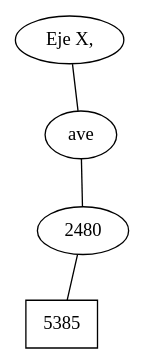
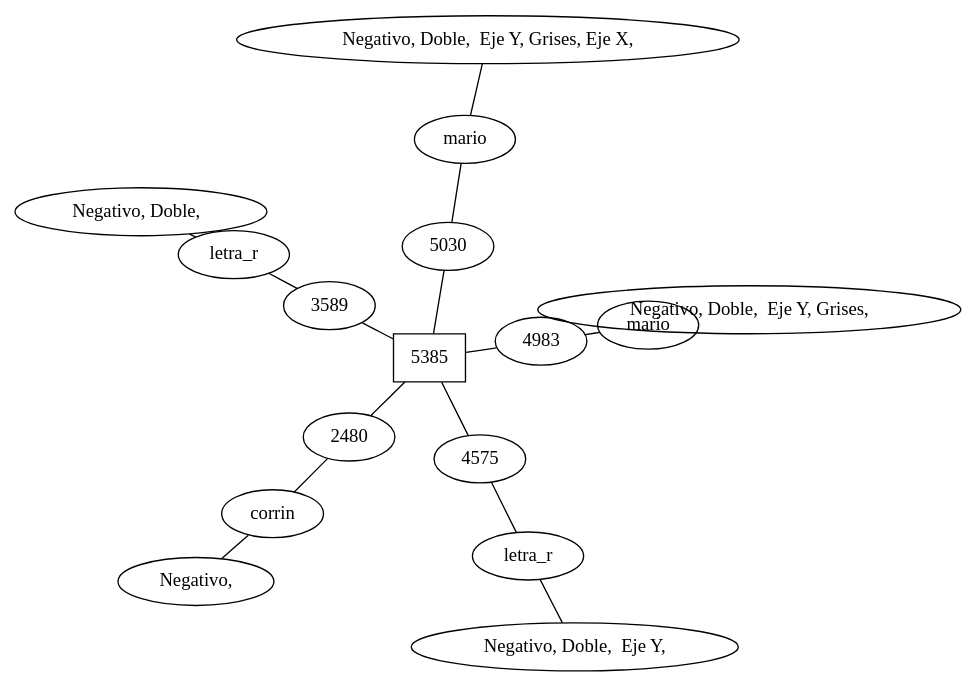
One commit to K-Giron/EDD_VJ1S2023_PY_202010844 changed the diagram in Proyecto_Fase2/backend/Reportes/grafo.dot. Above: the diagram before and after it, drawn with Graphviz. The commit also changed 14 other files, not shown here.

```diff
--- a/Proyecto_Fase2/backend/Reportes/grafo.dot
+++ b/Proyecto_Fase2/backend/Reportes/grafo.dot
@@ -1,11 +1,27 @@
 graph grafoDirigido{ 
  rankdir=LR; 
  node [shape=box]; layout=neato; 
  nodo00[label="5385"]; 
 node [shape = ellipse]; 
 nodo01[label="2480" ]; 
-nodo11[label="ave" ]; 
-nodo21[label="Eje X, " ]; 
+nodo11[label="corrin" ]; 
+nodo21[label="Negativo, " ]; 
+nodo02[label="3589" ]; 
+nodo12[label="letra_r" ]; 
+nodo22[label="Negativo, Doble,  " ]; 
+nodo03[label="4575" ]; 
+nodo13[label="letra_r" ]; 
+nodo23[label="Negativo, Doble,  Eje Y, " ]; 
+nodo04[label="4983" ]; 
+nodo14[label="mario" ]; 
+nodo24[label="Negativo, Doble,  Eje Y, Grises, " ]; 
+nodo05[label="5030" ]; 
+nodo15[label="mario" ]; 
+nodo25[label="Negativo, Doble,  Eje Y, Grises, Eje X, " ]; 
 nodo00 -- nodo01 -- nodo11 -- nodo21[len=1.00]; 
+nodo00 -- nodo02 -- nodo12 -- nodo22[len=1.00]; 
+nodo00 -- nodo03 -- nodo13 -- nodo23[len=1.00]; 
+nodo00 -- nodo04 -- nodo14 -- nodo24[len=1.00]; 
+nodo00 -- nodo05 -- nodo15 -- nodo25[len=1.00]; 
 
 }
```
